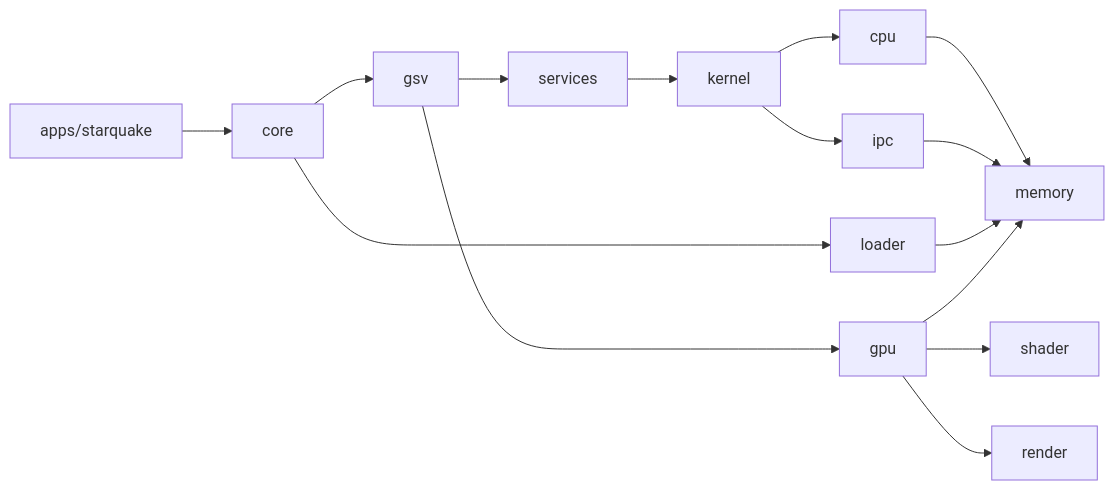
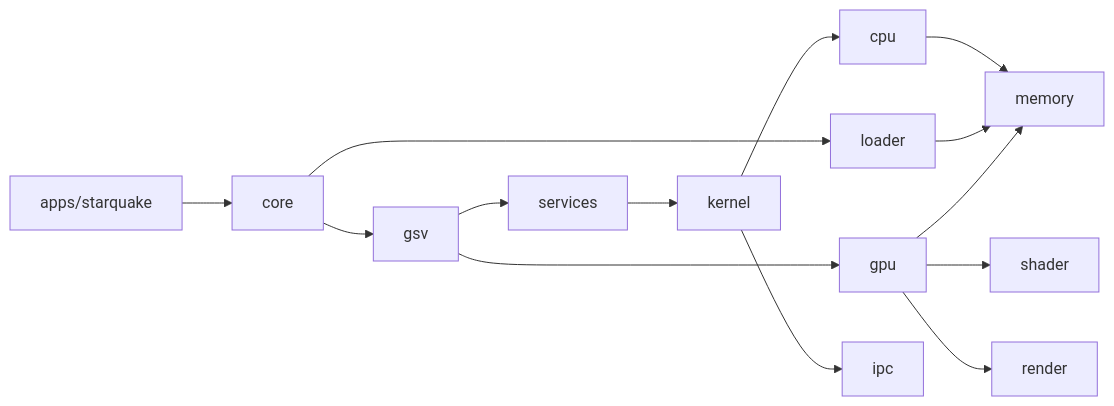
The second of 2 diagrams in docs/architecture.md (Syynth/starquake), drawn with Mermaid before and after one commit. The commit also changed other lines of this file and 3 other files, not shown here.

First line of the commit message:
chore(ipc): drop unused memory and bitflags dependencies

````diff
--- a/docs/architecture.md
+++ b/docs/architecture.md
@@ -94,12 +94,11 @@
 ```mermaid
 flowchart LR
     app["apps/starquake"] --> core
     core --> gsv & loader
     gsv --> services & gpu
     services --> kernel
     kernel --> cpu & ipc
     cpu --> memory
-    ipc --> memory
     loader --> memory
     gpu --> memory & shader & render
 ```
````
